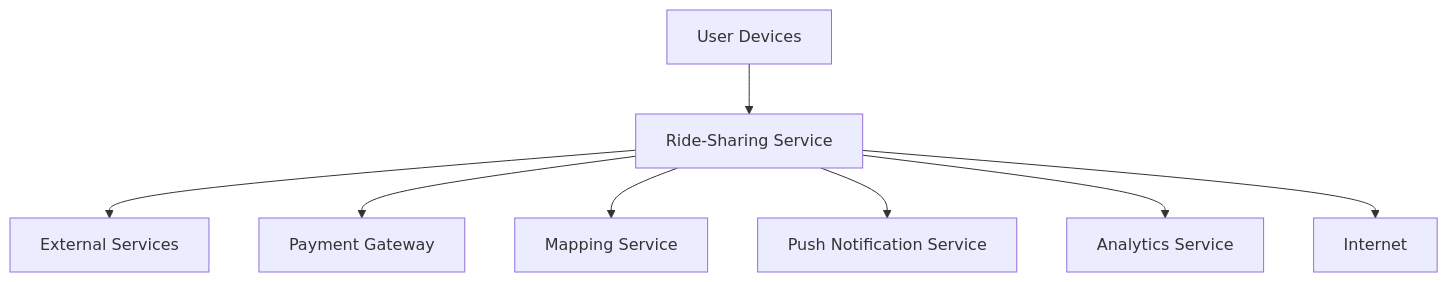
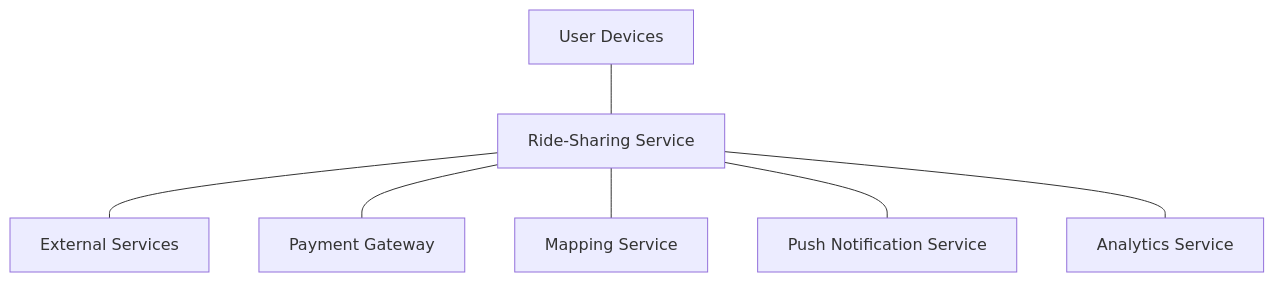
Before and after one commit to vividblueprint/SE-RideSharingService-architecture: the third of 5 diagrams in README.md, drawn with Mermaid. The commit also changed other lines of this file, not shown here.

````diff
--- a/README.md
+++ b/README.md
@@ -157,20 +152,18 @@
 ```mermaid
 graph TD
 A[External Services]
 B[Ride-Sharing Service]
 C[User Devices]
 D[Payment Gateway]
 E[Mapping Service]
 F[Push Notification Service]
 G[Analytics Service]
-H[Internet]
 
-C-->B
-B-->A
-B-->D
-B-->E
-B-->F
-B-->G
-B-->H
+C---B
+B---A
+B---D
+B---E
+B---F
+B---G
 
 ```
````
